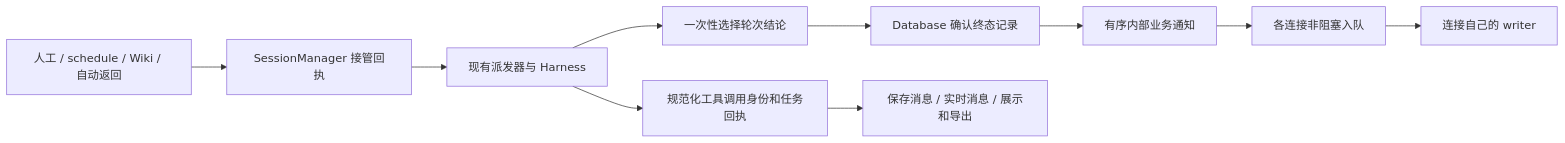
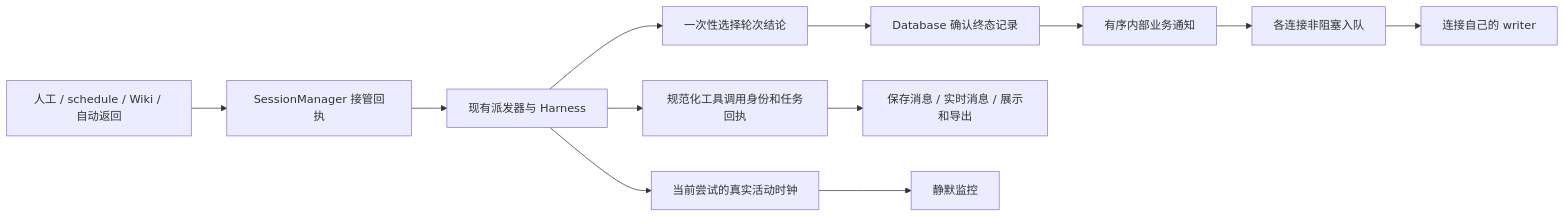
The diagram in docs/plans/runtime-interface-repair.md (Danuvius152/Octopus), drawn with Mermaid before and after one commit. The commit also changed other lines of this file and 14 other files, not shown here.

````diff
--- a/docs/plans/runtime-interface-repair.md
+++ b/docs/plans/runtime-interface-repair.md
@@ -41,12 +46,14 @@
 ```mermaid
 flowchart LR
     P[人工 / schedule / Wiki / 自动返回] --> A[SessionManager 接管回执]
     A --> D[现有派发器与 Harness]
     D --> O[一次性选择轮次结论]
     O --> R[Database 确认终态记录]
     R --> B[有序内部业务通知]
     B --> W[各连接非阻塞入队]
     W --> S[连接自己的 writer]
     D --> I[规范化工具调用身份和任务回执]
     I --> H[保存消息 / 实时消息 / 展示和导出]
+    D --> L[当前尝试的真实活动时钟]
+    L --> V[静默监控]
 ```
````
